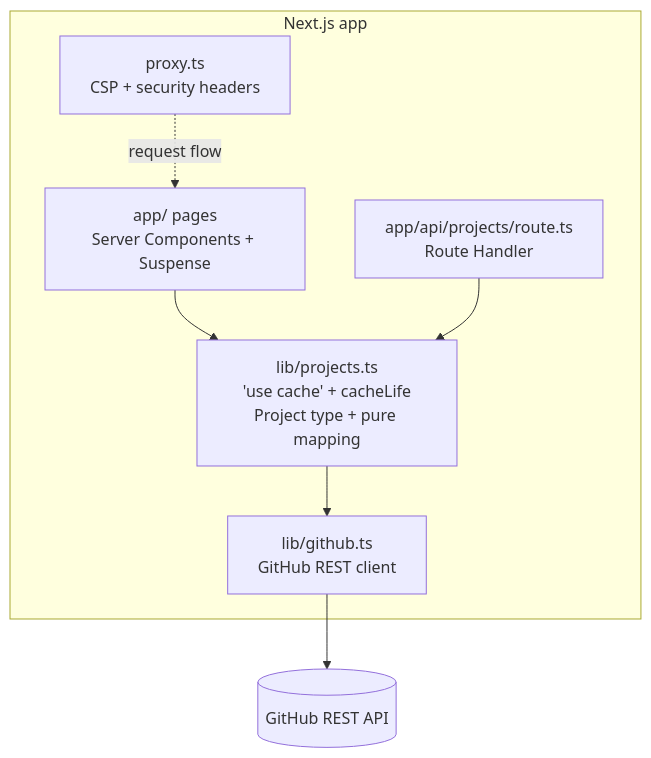
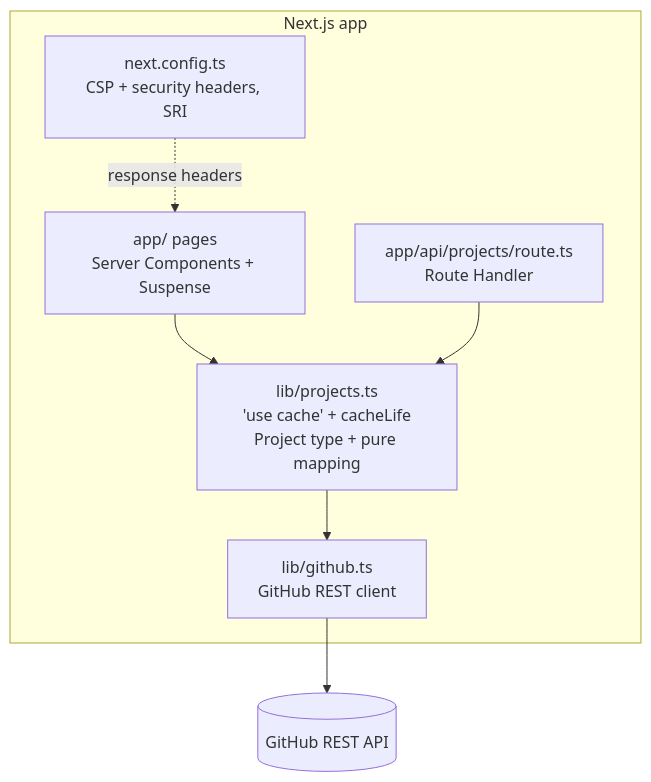
Before and after one commit to benoit-bremaud/nextjs-showcase: the diagram in docs/architecture/diagrams/dashboard/02-component.md, drawn with Mermaid. The commit also changed 7 other files, not shown here.

First line of the commit message:
feat(security): set the CSP and security headers compatible with Partial Prerendering

````diff
--- a/docs/architecture/diagrams/dashboard/02-component.md
+++ b/docs/architecture/diagrams/dashboard/02-component.md
@@ -5,16 +5,16 @@
 ```mermaid
 flowchart TB
   subgraph app [Next.js app]
-    proxy[proxy.ts<br/>CSP + security headers]
+    config[next.config.ts<br/>CSP + security headers, SRI]
     pages[app/ pages<br/>Server Components + Suspense]
     api[app/api/projects/route.ts<br/>Route Handler]
     data[lib/projects.ts<br/>'use cache' + cacheLife<br/>Project type + pure mapping]
     client[lib/github.ts<br/>GitHub REST client]
   end
   github[(GitHub REST API)]
-  proxy -.->|request flow| pages
+  config -.->|response headers| pages
   pages --> data
   api --> data
   data --> client
   client --> github
 ```
````
